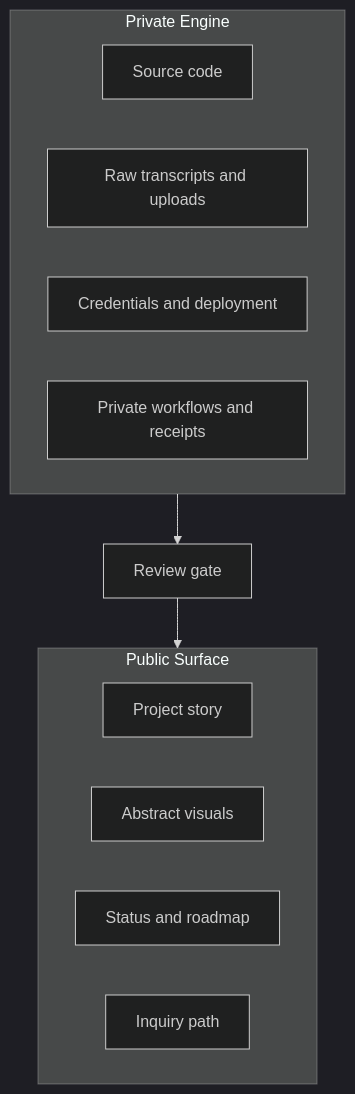
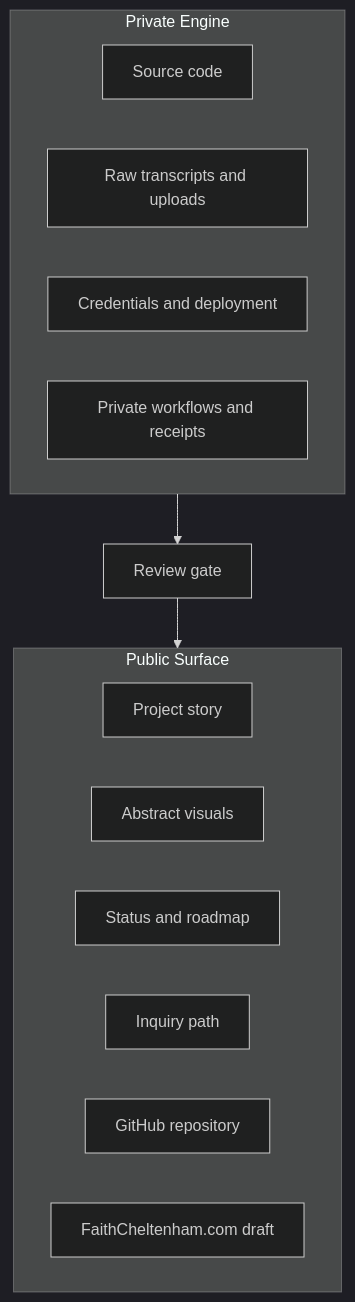
Before and after one commit to thefayth/unburied-listening-worker: the second of 2 diagrams in docs/WORKFLOW_DIAGRAMS.md, drawn with Mermaid (dark theme). The commit also changed other lines of this file and 15 other files, not shown here.

Commit message:
Apply revised GitHub public surface brief

````diff
--- a/docs/WORKFLOW_DIAGRAMS.md
+++ b/docs/WORKFLOW_DIAGRAMS.md
@@ -27,19 +29,21 @@
 ```mermaid
 flowchart TB
   subgraph Public["Public Surface"]
     P1["Project story"]
     P2["Abstract visuals"]
     P3["Status and roadmap"]
     P4["Inquiry path"]
+    P5["GitHub repository"]
+    P6["FaithCheltenham.com draft"]
   end
 
   subgraph Private["Private Engine"]
     R1["Source code"]
     R2["Raw transcripts and uploads"]
     R3["Credentials and deployment"]
     R4["Private workflows and receipts"]
   end
 
   Private --> G["Review gate"]
   G --> Public
 ```
````
